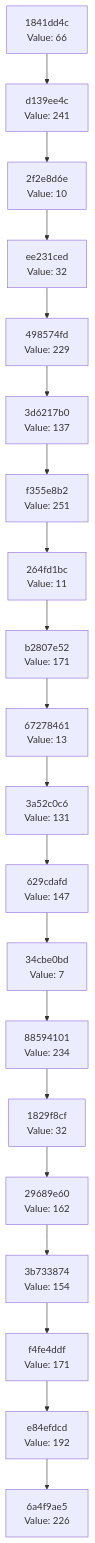
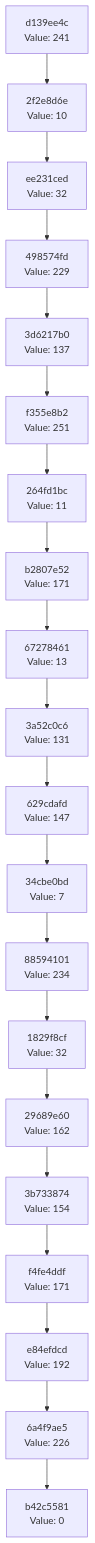
One commit to Abhisheksinha1506/hash-chain-evolver changed the diagram in docs/CHAIN_VISUALIZATION.md. Above: the diagram before and after it, drawn with Mermaid. The commit also changed 2 other files, not shown here.

Commit message:
Evolution Step

````diff
--- a/docs/CHAIN_VISUALIZATION.md
+++ b/docs/CHAIN_VISUALIZATION.md
@@ -3,42 +3,42 @@
 ```mermaid
 graph TD
-    C0["6a4f9ae5<br/>Value: 226"]
-    C1["e84efdcd<br/>Value: 192"]
+    C0["b42c5581<br/>Value: 0"]
+    C1["6a4f9ae5<br/>Value: 226"]
     C1 --> C0
-    C2["f4fe4ddf<br/>Value: 171"]
+    C2["e84efdcd<br/>Value: 192"]
     C2 --> C1
-    C3["3b733874<br/>Value: 154"]
+    C3["f4fe4ddf<br/>Value: 171"]
     C3 --> C2
-    C4["29689e60<br/>Value: 162"]
+    C4["3b733874<br/>Value: 154"]
     C4 --> C3
-    C5["1829f8cf<br/>Value: 32"]
+    C5["29689e60<br/>Value: 162"]
     C5 --> C4
-    C6["88594101<br/>Value: 234"]
+    C6["1829f8cf<br/>Value: 32"]
     C6 --> C5
-    C7["34cbe0bd<br/>Value: 7"]
+    C7["88594101<br/>Value: 234"]
     C7 --> C6
-    C8["629cdafd<br/>Value: 147"]
+    C8["34cbe0bd<br/>Value: 7"]
     C8 --> C7
-    C9["3a52c0c6<br/>Value: 131"]
+    C9["629cdafd<br/>Value: 147"]
     C9 --> C8
-    C10["67278461<br/>Value: 13"]
+    C10["3a52c0c6<br/>Value: 131"]
     C10 --> C9
-    C11["b2807e52<br/>Value: 171"]
+    C11["67278461<br/>Value: 13"]
     C11 --> C10
-    C12["264fd1bc<br/>Value: 11"]
+    C12["b2807e52<br/>Value: 171"]
     C12 --> C11
-    C13["f355e8b2<br/>Value: 251"]
+    C13["264fd1bc<br/>Value: 11"]
     C13 --> C12
-    C14["3d6217b0<br/>Value: 137"]
+    C14["f355e8b2<br/>Value: 251"]
     C14 --> C13
-    C15["498574fd<br/>Value: 229"]
+    C15["3d6217b0<br/>Value: 137"]
     C15 --> C14
-    C16["ee231ced<br/>Value: 32"]
+    C16["498574fd<br/>Value: 229"]
     C16 --> C15
-    C17["2f2e8d6e<br/>Value: 10"]
+    C17["ee231ced<br/>Value: 32"]
     C17 --> C16
-    C18["d139ee4c<br/>Value: 241"]
+    C18["2f2e8d6e<br/>Value: 10"]
     C18 --> C17
-    C19["1841dd4c<br/>Value: 66"]
+    C19["d139ee4c<br/>Value: 241"]
     C19 --> C18
 ```
````
